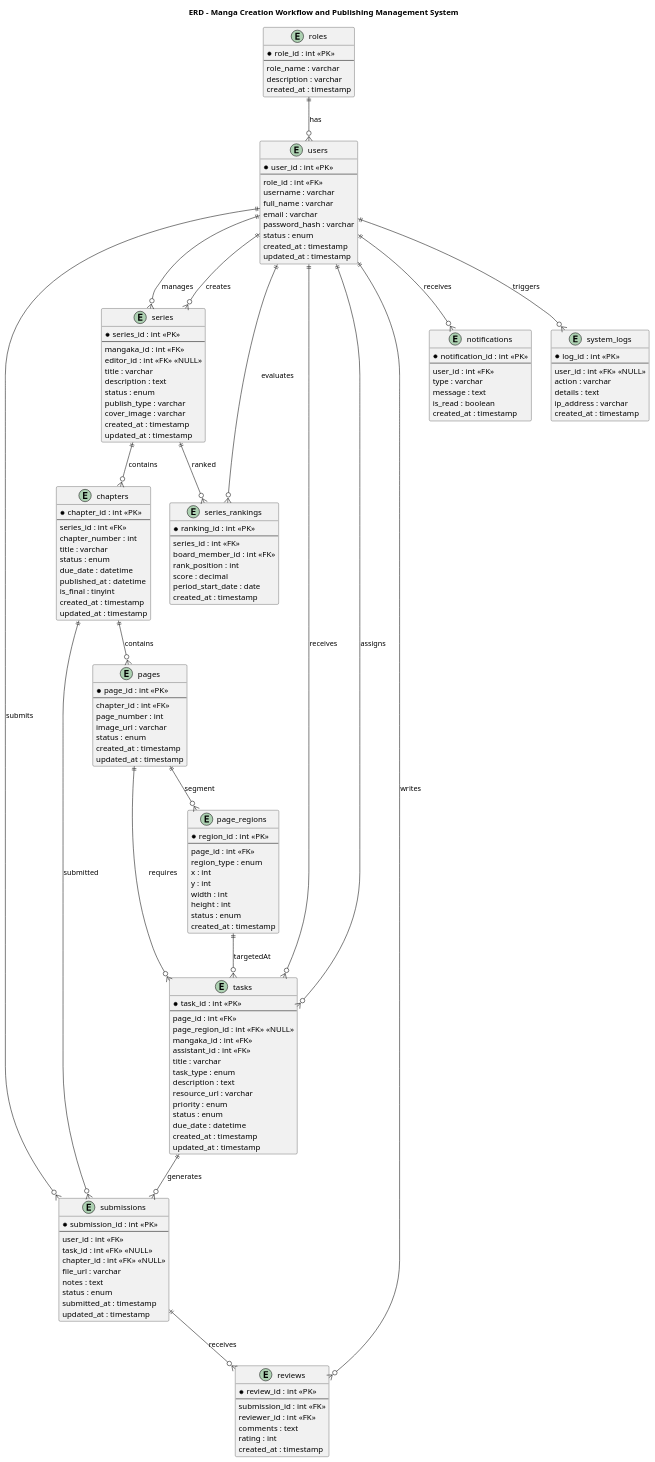
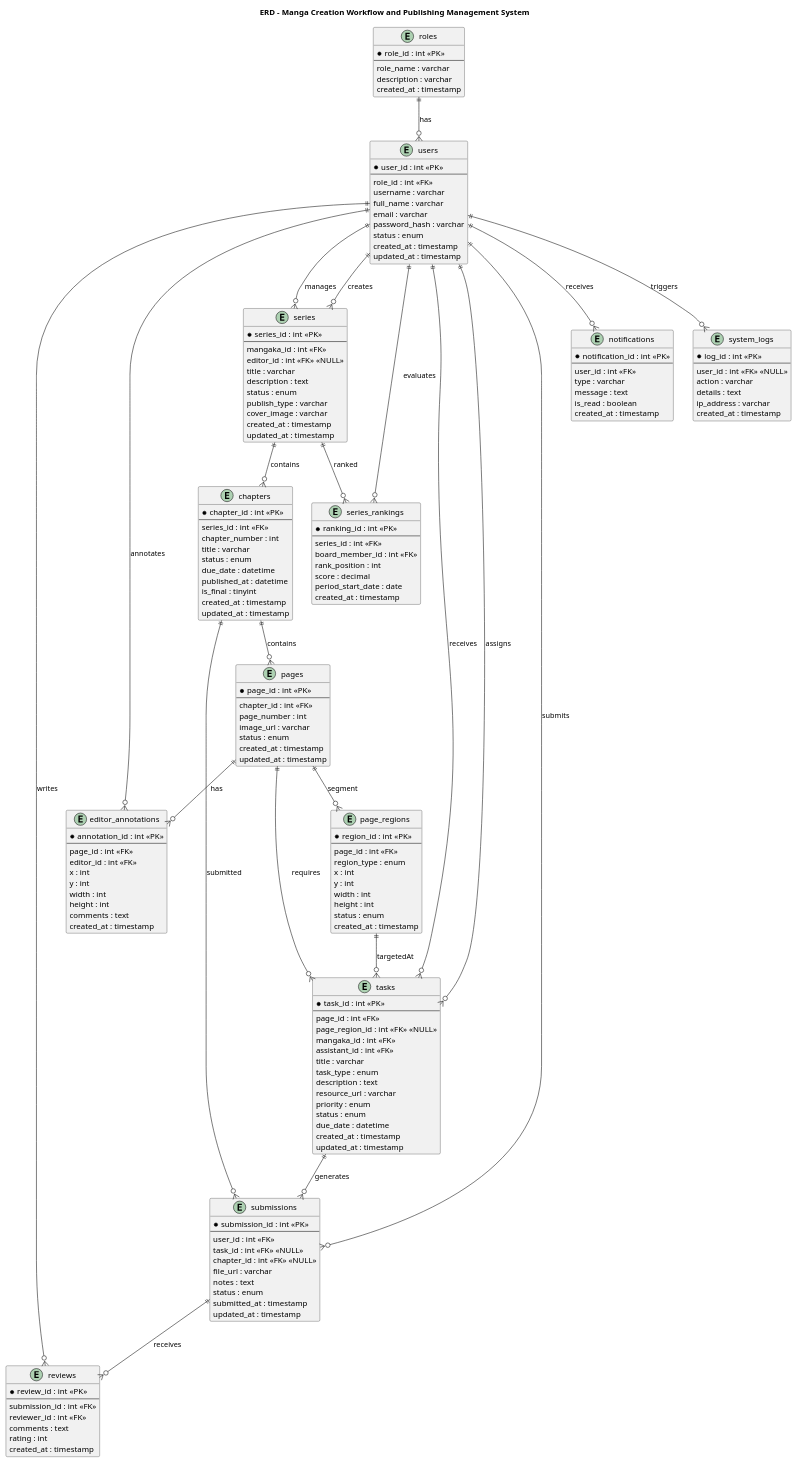
The diagram in UML/ERD.puml (trongtan0079/Manga-publishing-management-system), drawn with PlantUML before and after one commit. The commit also changed 15 other files, not shown here.

Commit message:
docs & db: Cap nhat tai lieu dac ta, so do UML, luoc do co so du lieu va cac Model lien quan

```diff
--- a/UML/ERD.puml
+++ b/UML/ERD.puml
@@ -1,176 +1,191 @@
 @startuml
 title ERD - Manga Creation Workflow and Publishing Management System
 
 entity roles {
   *role_id : int <<PK>>
   --
   role_name : varchar
   description : varchar
   created_at : timestamp
 }
 
 entity users {
   *user_id : int <<PK>>
   --
   role_id : int <<FK>>
   username : varchar
   full_name : varchar
   email : varchar
   password_hash : varchar
   status : enum
   created_at : timestamp
   updated_at : timestamp
 }
 
 entity series {
   *series_id : int <<PK>>
   --
   mangaka_id : int <<FK>>
   editor_id : int <<FK>> <<NULL>>
   title : varchar
   description : text
   status : enum
   publish_type : varchar
   cover_image : varchar
   created_at : timestamp
   updated_at : timestamp
 }
 
 entity chapters {
   *chapter_id : int <<PK>>
   --
   series_id : int <<FK>>
   chapter_number : int
   title : varchar
   status : enum
   due_date : datetime
   published_at : datetime
   is_final : tinyint
   created_at : timestamp
   updated_at : timestamp
 }
 
 entity page_regions {
   *region_id : int <<PK>>
   --
   page_id : int <<FK>>
   region_type : enum
   x : int
   y : int
   width : int
   height : int
   status : enum
   created_at : timestamp
 }
 
 entity pages {
   *page_id : int <<PK>>
   --
   chapter_id : int <<FK>>
   page_number : int
   image_url : varchar
   status : enum
   created_at : timestamp
   updated_at : timestamp
 }
 
 entity tasks {
   *task_id : int <<PK>>
   --
   page_id : int <<FK>>
   page_region_id : int <<FK>> <<NULL>>
   mangaka_id : int <<FK>>
   assistant_id : int <<FK>>
   title : varchar
   task_type : enum
   description : text
   resource_url : varchar
   priority : enum
   status : enum
   due_date : datetime
   created_at : timestamp
   updated_at : timestamp
 }
 
 entity submissions {
   *submission_id : int <<PK>>
   --
   user_id : int <<FK>>
   task_id : int <<FK>> <<NULL>>
   chapter_id : int <<FK>> <<NULL>>
   file_url : varchar
   notes : text
   status : enum
   submitted_at : timestamp
   updated_at : timestamp
 }
 
 entity reviews {
   *review_id : int <<PK>>
   --
   submission_id : int <<FK>>
   reviewer_id : int <<FK>>
   comments : text
   rating : int
   created_at : timestamp
 }
 
 entity series_rankings {
   *ranking_id : int <<PK>>
   --
   series_id : int <<FK>>
   board_member_id : int <<FK>>
   rank_position : int
   score : decimal
   period_start_date : date
   created_at : timestamp
 }
 
 entity notifications {
   *notification_id : int <<PK>>
   --
   user_id : int <<FK>>
   type : varchar
   message : text
   is_read : boolean
   created_at : timestamp
 }
 
 entity system_logs {
   *log_id : int <<PK>>
   --
   user_id : int <<FK>> <<NULL>>
   action : varchar
   details : text
   ip_address : varchar
   created_at : timestamp
 }
 
+entity editor_annotations {
+  *annotation_id : int <<PK>>
+  --
+  page_id : int <<FK>>
+  editor_id : int <<FK>>
+  x : int
+  y : int
+  width : int
+  height : int
+  comments : text
+  created_at : timestamp
+}
+
 roles ||--o{ users : has
 users ||--o{ system_logs : triggers
 
 users ||--o{ series : creates
 users ||--o{ series : manages
 
 users ||--o{ tasks : assigns
 users ||--o{ tasks : receives
 
 users ||--o{ submissions : submits
 users ||--o{ reviews : writes
 users ||--o{ notifications : receives
 users ||--o{ series_rankings : evaluates
+users ||--o{ editor_annotations : annotates
 
 series ||--o{ chapters : contains
 series ||--o{ series_rankings : ranked
 
 chapters ||--o{ pages : contains
 chapters ||--o{ submissions : submitted
 
 pages ||--o{ page_regions : segment
 pages ||--o{ tasks : requires
+pages ||--o{ editor_annotations : has
 page_regions ||--o{ tasks : targetedAt
 tasks ||--o{ submissions : generates
 
 submissions ||--o{ reviews : receives
 
 @enduml
```
